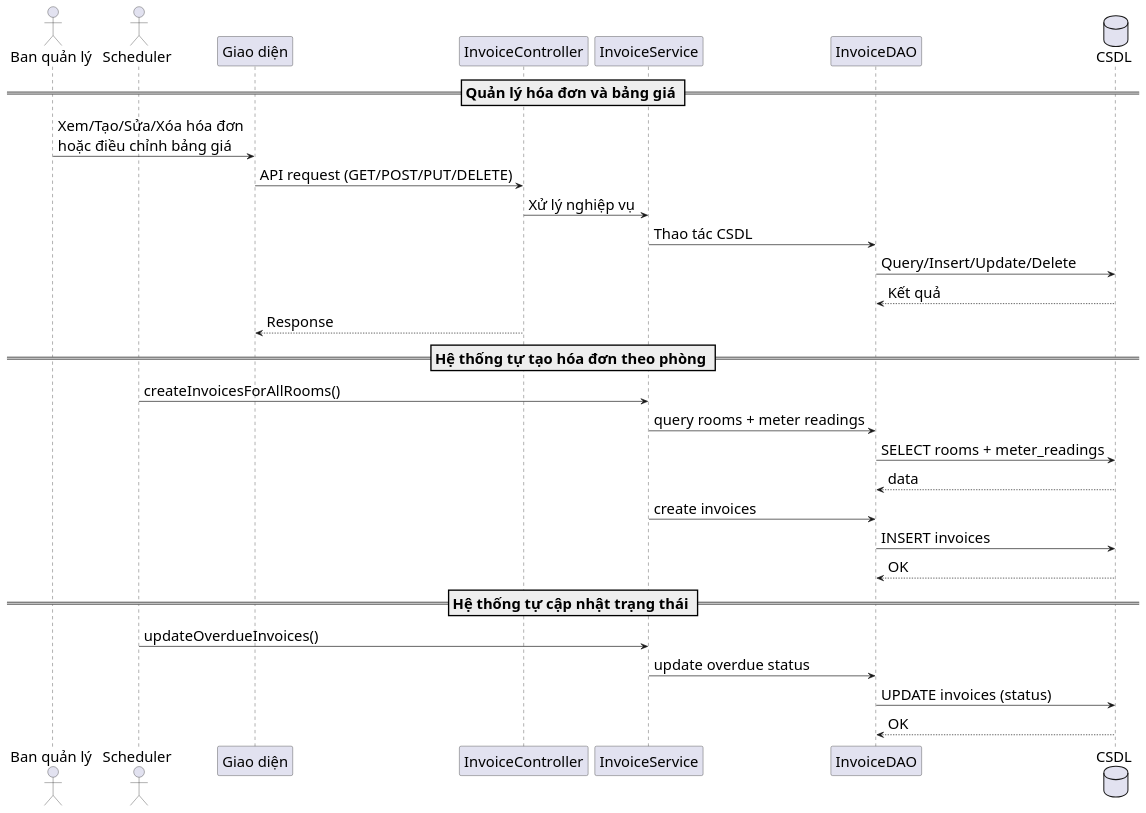
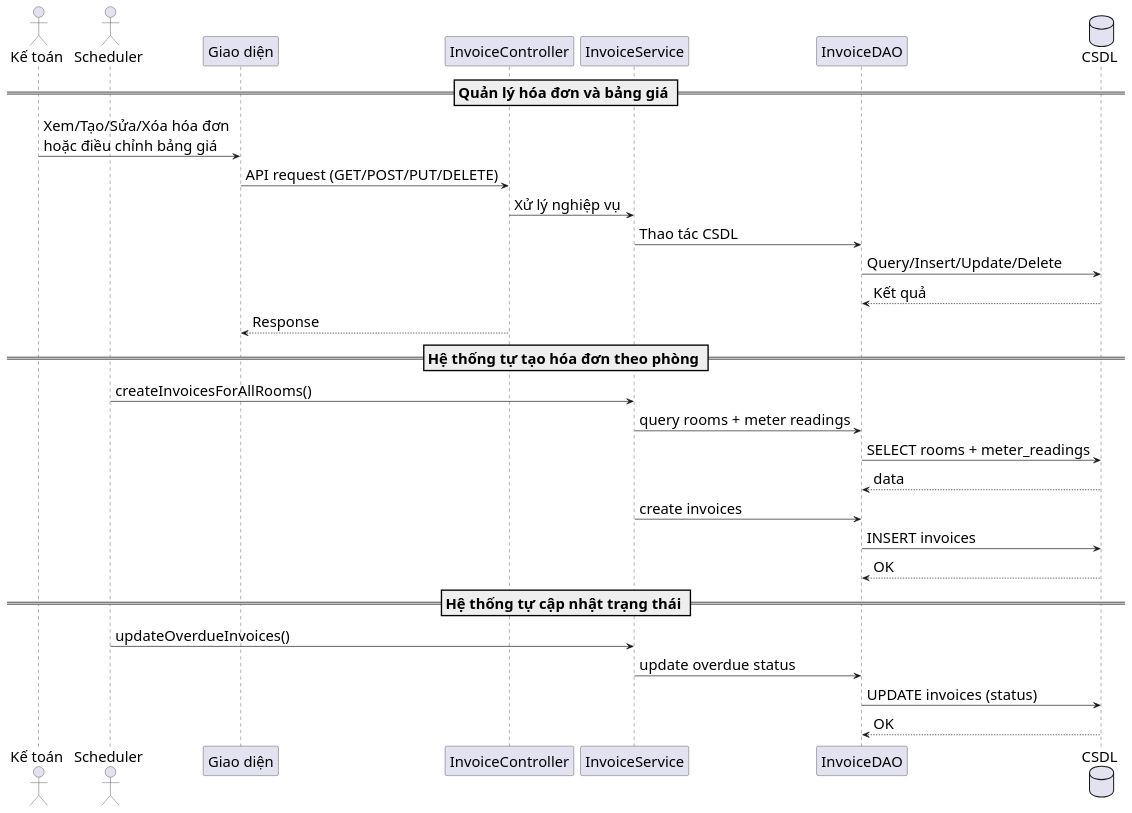
One commit to s0nbuildtech287/dormitory-frontend changed the diagram in diagrams/nhomhoadonthanhtoan/invoice_create_sequence.puml. Above: the diagram before and after it, drawn with PlantUML. The commit also changed 5 other files, not shown here.

```diff
--- a/diagrams/nhomhoadonthanhtoan/invoice_create_sequence.puml
+++ b/diagrams/nhomhoadonthanhtoan/invoice_create_sequence.puml
@@ -1,36 +1,36 @@
 @startuml "Invoice Management Sequence"
 skinparam defaultFontSize 22
 skinparam defaultFontName "Times New Roman"
 skinparam sequenceMessageSize 28
-actor "Ban quản lý" as Admin
+actor "Kế toán" as Accountant
 actor "Scheduler" as Cron
 participant "Giao diện" as FE
 participant "InvoiceController" as IC
 participant "InvoiceService" as IS
 participant "InvoiceDAO" as IDAO
 database "CSDL" as DB
 
 == Quản lý hóa đơn và bảng giá ==
-Admin -> FE: Xem/Tạo/Sửa/Xóa hóa đơn\nhoặc điều chỉnh bảng giá
+Accountant -> FE: Xem/Tạo/Sửa/Xóa hóa đơn\nhoặc điều chỉnh bảng giá
 FE -> IC: API request (GET/POST/PUT/DELETE)
 IC -> IS: Xử lý nghiệp vụ
 IS -> IDAO: Thao tác CSDL
 IDAO -> DB: Query/Insert/Update/Delete
 DB --> IDAO: Kết quả
 IC --> FE: Response
 
 == Hệ thống tự tạo hóa đơn theo phòng ==
 Cron -> IS: createInvoicesForAllRooms()
 IS -> IDAO: query rooms + meter readings
 IDAO -> DB: SELECT rooms + meter_readings
 DB --> IDAO: data
 IS -> IDAO: create invoices
 IDAO -> DB: INSERT invoices
 DB --> IDAO: OK
 
 == Hệ thống tự cập nhật trạng thái ==
 Cron -> IS: updateOverdueInvoices()
 IS -> IDAO: update overdue status
 IDAO -> DB: UPDATE invoices (status)
 DB --> IDAO: OK
 @enduml
```
